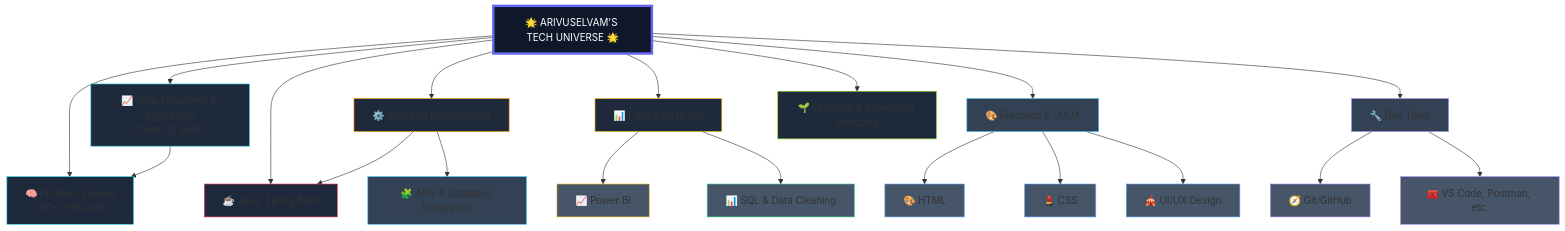
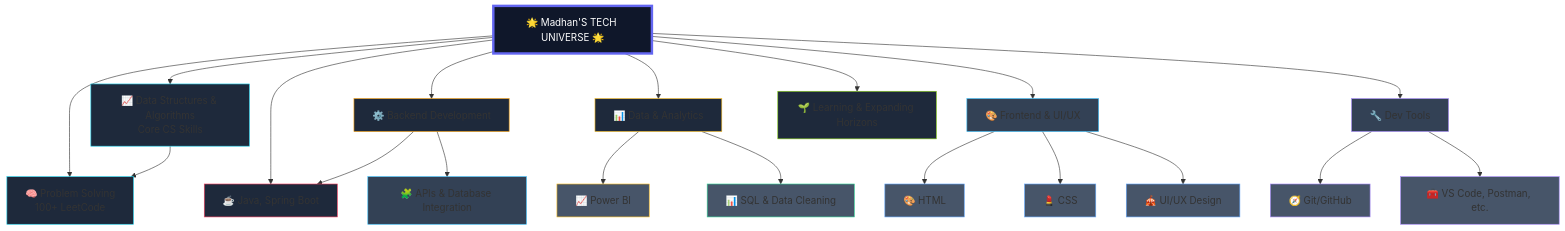
The diagram in README.md (MADHAN21105/MADHAN21105), drawn with Mermaid before and after one commit. The commit also changed other lines of this file, not shown here.

````diff
--- a/README.md
+++ b/README.md
@@ -63,49 +63,49 @@
 ```mermaid
 
 graph TD
-    A[🌟 ARIVUSELVAM'S TECH UNIVERSE 🌟]
+    A[🌟 Madhan'S TECH UNIVERSE 🌟]
 
     %% Main Branches
     A --> B[🧠 Problem Solving<br>100+ LeetCode]
     A --> C[📈 Data Structures & Algorithms<br>Core CS Skills]
     A --> D[⚙️ Backend Development]
     A --> E[📊 Data & Analytics]
     A --> F[🎨 Frontend & UI/UX]
     A --> H[🔧 Dev Tools]
     A --> T[☕ Java, Spring Boot]
     A --> U[🌱 Learning & Expanding Horizons]
 
     %% Sub-branches
     C --> B
     D --> T
     D --> G[🧩 APIs & Database Integration]
 
     F --> L[🎨 HTML]
     F --> K[💄 CSS]
     F --> M[🎪 UI/UX Design]
 
     E --> S[📈 Power BI]
     E --> N[📊 SQL & Data Cleaning]
 
     H --> R[🧭 Git/GitHub]
     H --> V[🧰 VS Code, Postman, etc.]
 
     %% Styles
     style A fill:#0f172a,stroke:#6366f1,stroke-width:4px,color:#ffffff
     style B fill:#1e293b,stroke:#22d3ee
     style C fill:#1e293b,stroke:#22d3ee
     style D fill:#1e293b,stroke:#f59e0b
     style E fill:#1e293b,stroke:#fbbf24
     style F fill:#334155,stroke:#38bdf8
     style G fill:#334155,stroke:#38bdf8
     style H fill:#334155,stroke:#a78bfa
     style K fill:#475569,stroke:#60a5fa
     style L fill:#475569,stroke:#60a5fa
     style M fill:#475569,stroke:#60a5fa
     style N fill:#475569,stroke:#34d399
     style R fill:#475569,stroke:#a78bfa
     style S fill:#475569,stroke:#fbbf24
     style T fill:#1e293b,stroke:#f43f5e
     style U fill:#1e293b,stroke:#84cc16
     style V fill:#475569,stroke:#a78bfa
 ```
````
